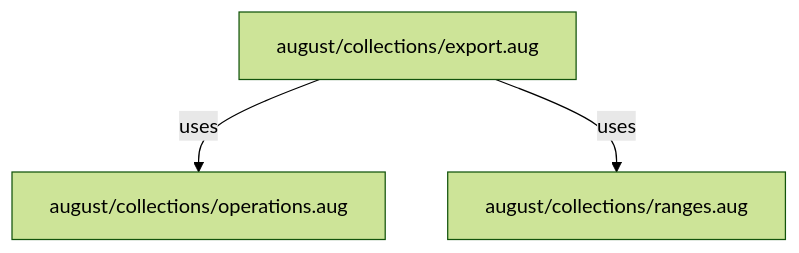
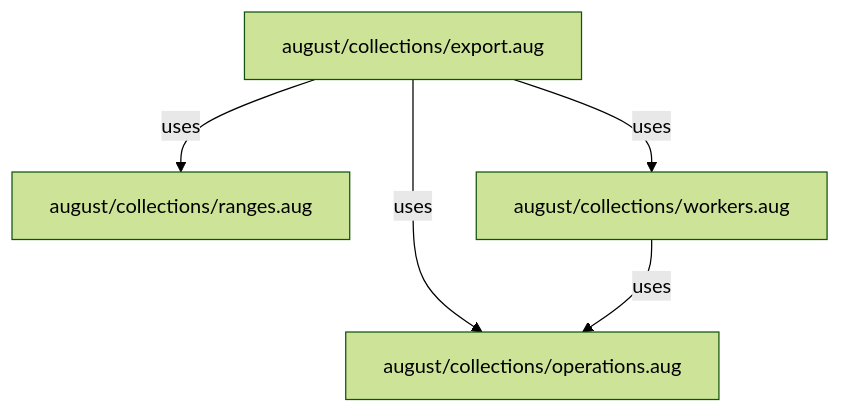
One commit to GreenPandaStudios/augscript changed the second of 2 diagrams in src/stdlib/collections/.aug-spec/diagrams/index.md. Above: the diagram before and after it, drawn with Mermaid (forest theme). The commit also changed other lines of this file and 28 other files, not shown here.

````diff
--- a/src/stdlib/collections/.aug-spec/diagrams/index.md
+++ b/src/stdlib/collections/.aug-spec/diagrams/index.md
@@ -19,8 +19,11 @@
 ```mermaid
 flowchart TD
     n0["august/collections/export.aug"]
     n1["august/collections/operations.aug"]
     n2["august/collections/ranges.aug"]
+    n3["august/collections/workers.aug"]
     n0 -->|"uses"| n1
     n0 -->|"uses"| n2
+    n0 -->|"uses"| n3
+    n3 -->|"uses"| n1
 ```
````
